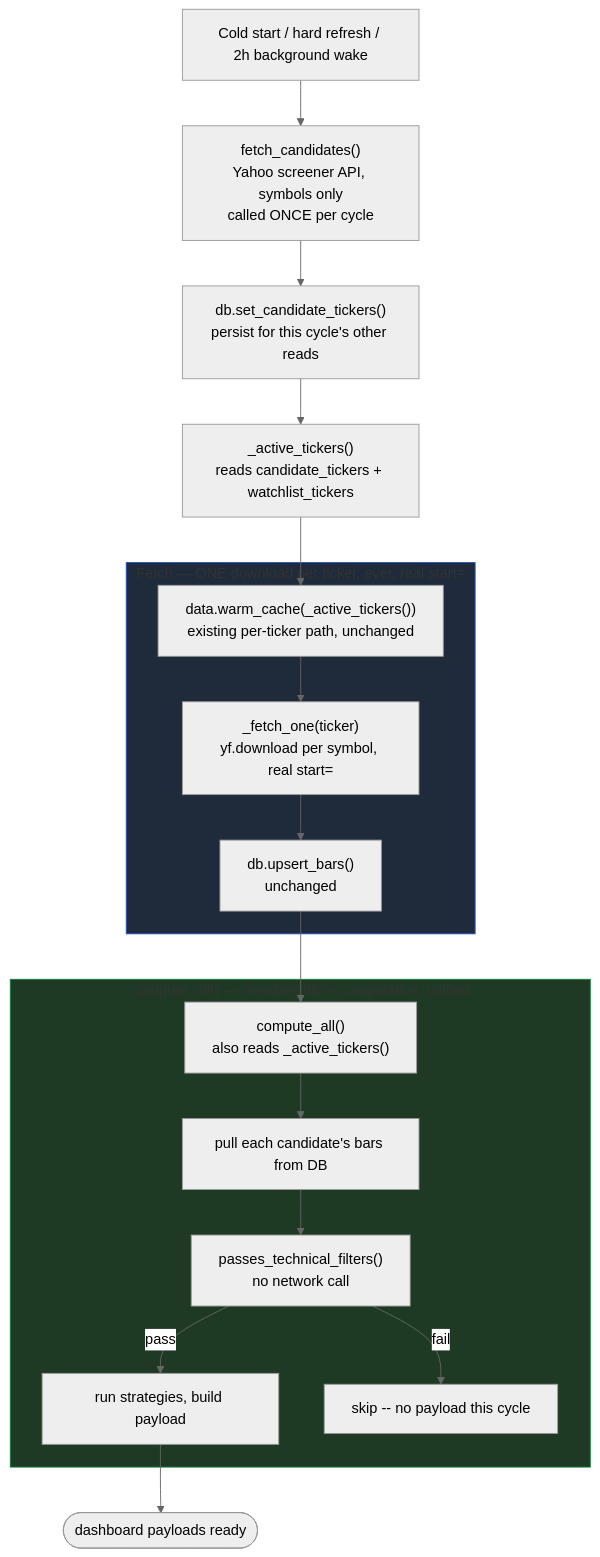
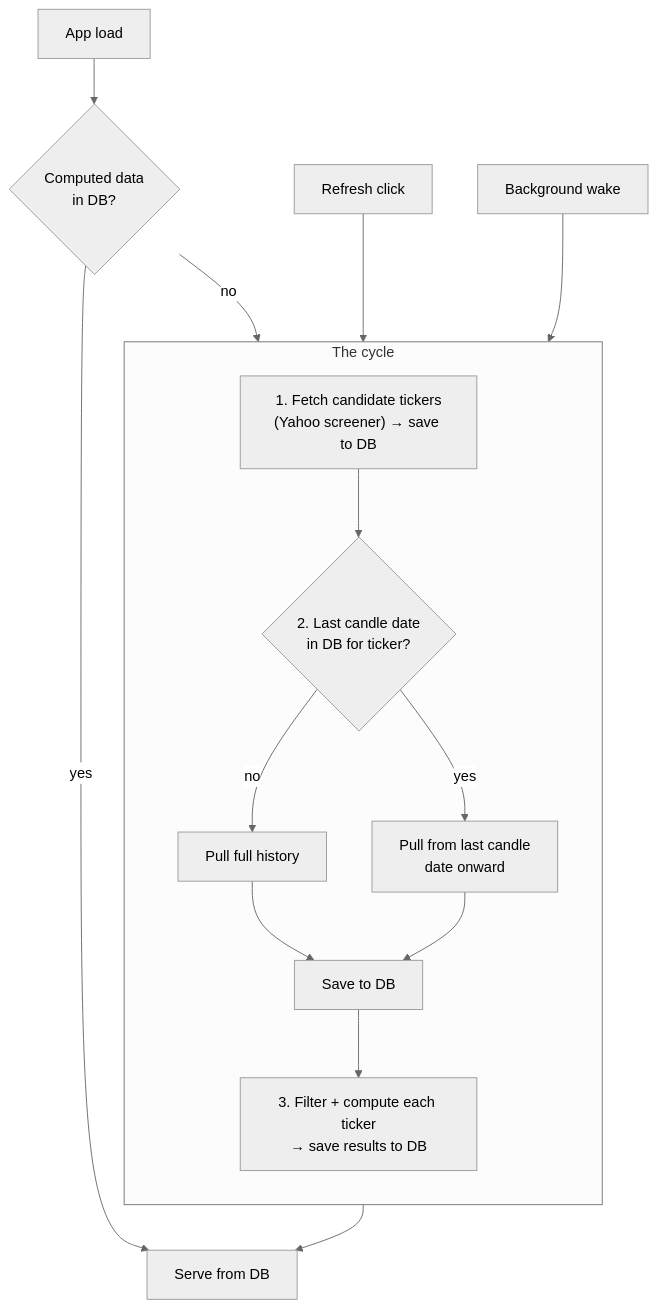
Before and after one commit to phemmyadot/koil: the diagram in webapp/SCREENING_FETCH_REFACTOR.md, drawn with Mermaid (neutral theme). The commit also changed other lines of this file, not shown here.

Commit message:
new app refactoring doc

````diff
--- a/webapp/SCREENING_FETCH_REFACTOR.md
+++ b/webapp/SCREENING_FETCH_REFACTOR.md
@@ -122,25 +16,25 @@
 ```mermaid
 flowchart TD
-    trigger["Cold start / hard refresh / 2h background wake"] --> fc["fetch_candidates()\nYahoo screener API, symbols only\ncalled ONCE per cycle"]
-    fc --> sc["db.set_candidate_tickers()\npersist for this cycle's other reads"]
+    load["App load"] --> check{"Computed data\nin DB?"}
+    check -->|yes| serve["Serve from DB"]
+    check -->|no| cycle
 
-    sc --> at["_active_tickers()\nreads candidate_tickers + watchlist_tickers"]
-    at --> wc["data.warm_cache(_active_tickers())\nexisting per-ticker path, unchanged"]
-    subgraph fetch ["Fetch — ONE download per ticker, ever, real start="]
-        wc --> fo["_fetch_one(ticker)\nyf.download per symbol, real start="]
-        fo --> up["db.upsert_bars()\nunchanged"]
+    refresh["Refresh click"] --> cycle
+    wake["Background wake"] --> cycle
+
+    subgraph cycle ["The cycle"]
+        direction TB
+        s1["1. Fetch candidate tickers\n(Yahoo screener) → save to DB"]
+        s2check{"2. Last candle date\nin DB for ticker?"}
+        s2full["Pull full history"]
+        s2gap["Pull from last candle\ndate onward"]
+        s2save["Save to DB"]
+        s3["3. Filter + compute each ticker\n→ save results to DB"]
+        s1 --> s2check
+        s2check -->|no| s2full --> s2save
+        s2check -->|yes| s2gap --> s2save
+        s2save --> s3
     end
 
-    up --> ca["compute_all()\nalso reads _active_tickers()"]
-    subgraph compute ["compute_all() — membership + computation, unified"]
-        ca --> pull["pull each candidate's bars from DB"]
-        pull --> filt["passes_technical_filters()\nno network call"]
-        filt -->|pass| strat["run strategies, build payload"]
-        filt -->|fail| skip["skip -- no payload this cycle"]
-    end
-
-    strat --> done(["dashboard payloads ready"])
-
-    style fetch fill:#1f2a3a,stroke:#2554c7
-    style compute fill:#1f3a24,stroke:#157f3d
+    cycle --> serve
 ```
````
